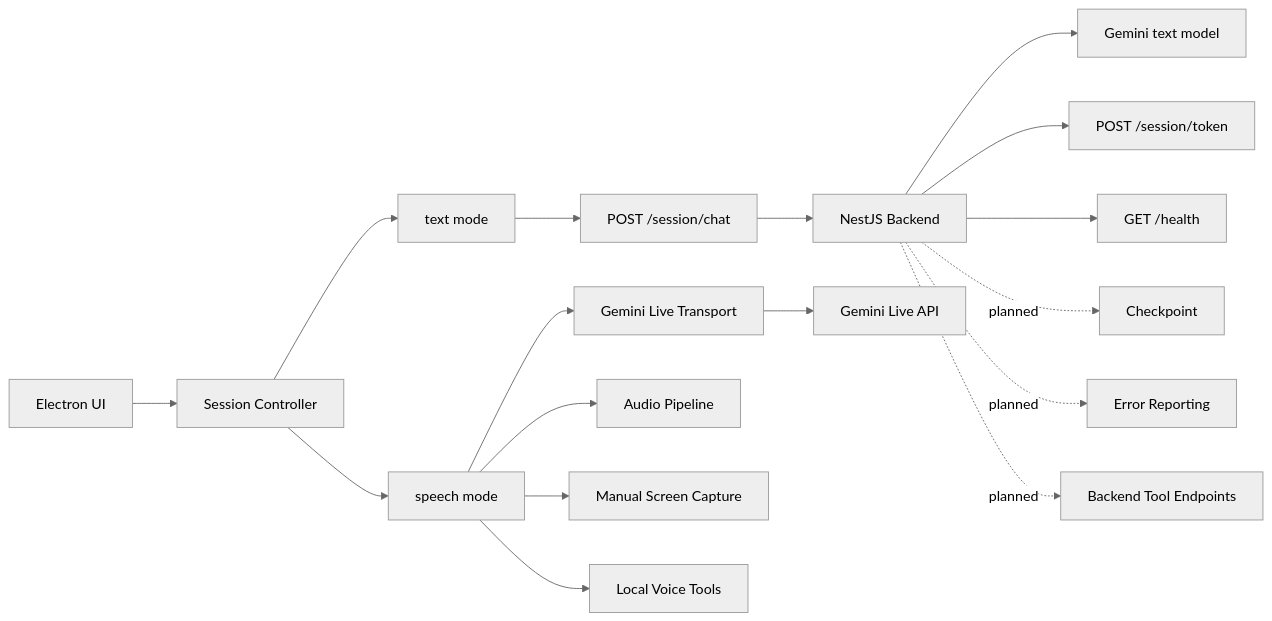
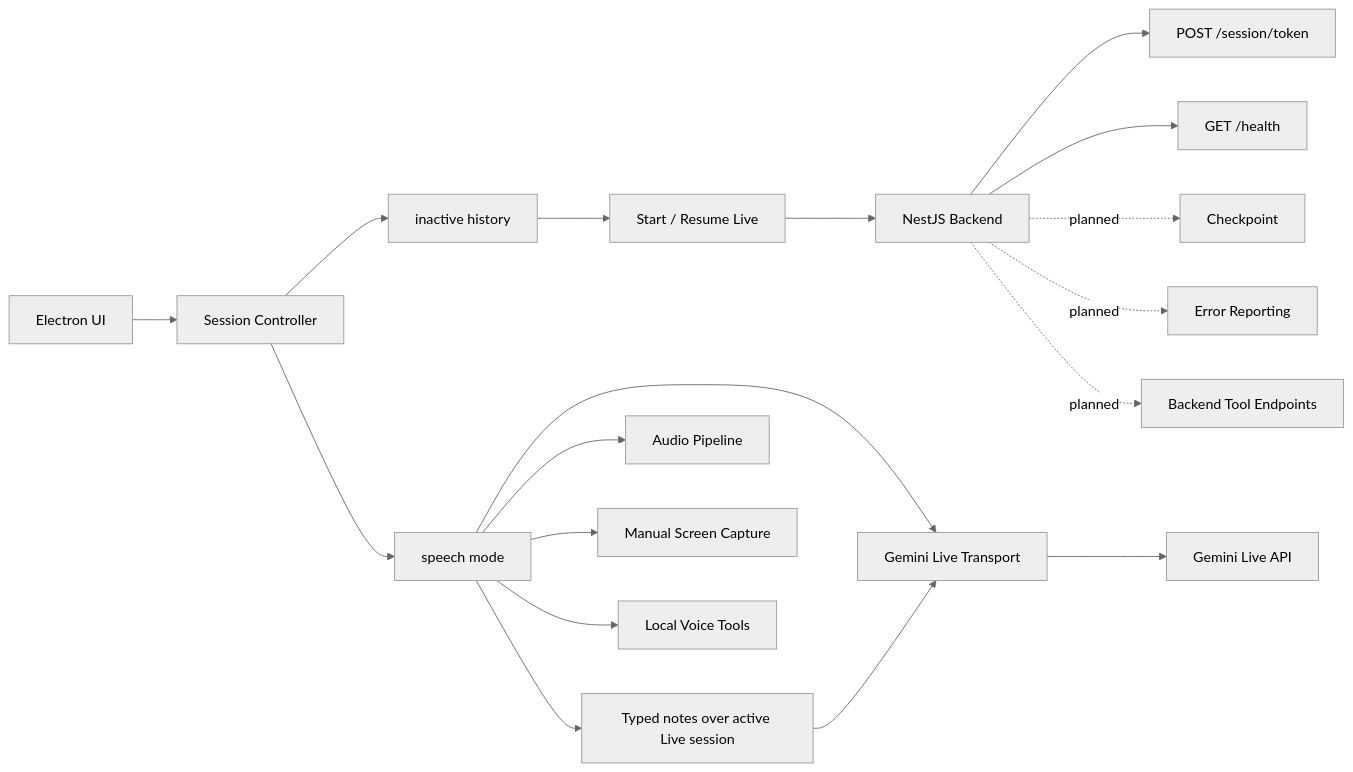
One commit to rafaself/Livepair changed the diagram in docs/diagrams/APP_FLOW.md. Above: the diagram before and after it, drawn with Mermaid (neutral theme). The commit also changed 11 other files, not shown here.

Commit message:
feat: update documentation and architecture to reflect changes in product states and remove backend-mediated text mode

````diff
--- a/docs/diagrams/APP_FLOW.md
+++ b/docs/diagrams/APP_FLOW.md
@@ -1,22 +1,22 @@
 ```mermaid
 flowchart LR
 UI[Electron UI] --> SESSION[Session Controller]
-SESSION --> TEXT[text mode]
+SESSION --> INACTIVE[inactive history]
 SESSION --> SPEECH[speech mode]
 
-TEXT --> CHAT[POST /session/chat]
-CHAT --> BACKEND[NestJS Backend]
-BACKEND --> TEXTMODEL[Gemini text model]
+INACTIVE --> ACTION[Start / Resume Live]
+ACTION --> BACKEND[NestJS Backend]
+BACKEND --> TOKEN[POST /session/token]
+BACKEND --> HEALTH[GET /health]
 
 SPEECH --> TRANSPORT[Gemini Live Transport]
 TRANSPORT --> GEMINI[Gemini Live API]
+SPEECH --> TYPED[Typed notes over active Live session]
 SPEECH --> AUDIO[Audio Pipeline]
 SPEECH --> VISION[Manual Screen Capture]
 SPEECH --> TOOLS[Local Voice Tools]
-
-BACKEND --> TOKEN[POST /session/token]
-BACKEND --> HEALTH[GET /health]
+TYPED --> TRANSPORT
 BACKEND -. planned .-> CHECKPOINT[Checkpoint]
 BACKEND -. planned .-> ERROR[Error Reporting]
 BACKEND -. planned .-> REMOTETOOLS[Backend Tool Endpoints]
 ```
````
